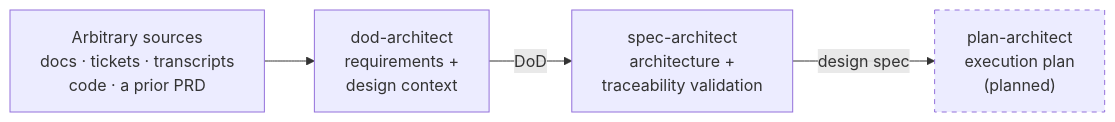
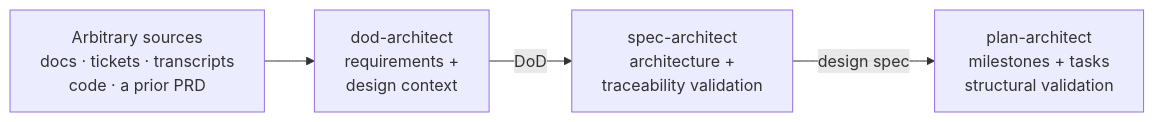
The diagram in README.md (XCODA-Consulting/xcoda-ai-marketplace), drawn with Mermaid before and after one commit. The commit also changed other lines of this file and 22 other files, not shown here.

Commit message:
Add plan-architect execution planning plugin (#2)

````diff
--- a/README.md
+++ b/README.md
@@ -24,13 +24,11 @@
 ```mermaid
 flowchart LR
     S["Arbitrary sources<br/>docs · tickets · transcripts<br/>code · a prior PRD"]
     D["dod-architect<br/>requirements +<br/>design context"]
     A["spec-architect<br/>architecture +<br/>traceability validation"]
-    P["plan-architect<br/>execution plan<br/>(planned)"]
+    P["plan-architect<br/>milestones + tasks<br/>structural validation"]
 
     S --> D
     D -->|DoD| A
     A -->|design spec| P
-
-    style P stroke-dasharray: 5 5
 ```
````
